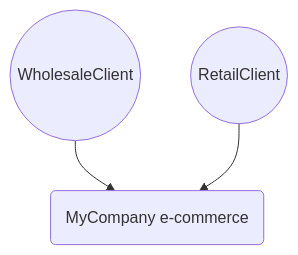
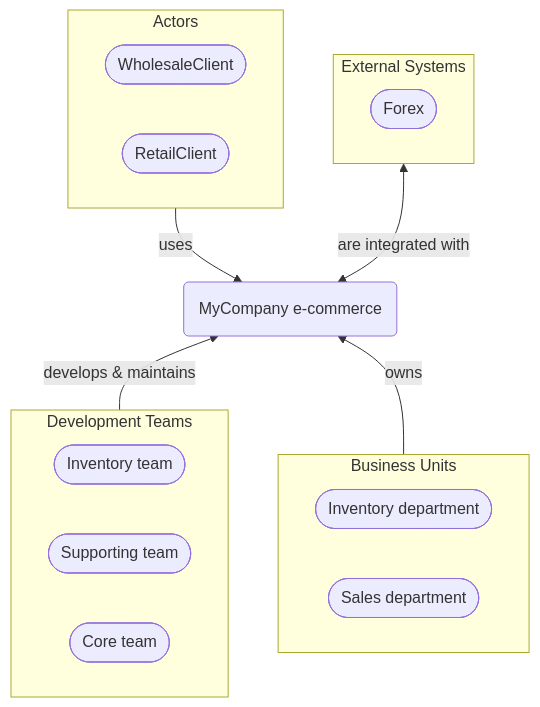
The diagram in Docs/P3/MermaidOutput/README.md (itlibrium/DDD-starter-dotnet), drawn with Mermaid before and after one commit. The commit also changed other lines of this file and 174 other files, not shown here.

````diff
--- a/Docs/P3/MermaidOutput/README.md
+++ b/Docs/P3/MermaidOutput/README.md
@@ -7,11 +7,32 @@
 ```mermaid
   flowchart TB
     0(MyCompany e-commerce)
-    1((WholesaleClient))
-    1-->0
-    2((RetailClient))
-    2-->0
+    subgraph 1["Actors"]
+      2([WholesaleClient])
+      3([RetailClient])
+    end
+    1-->|uses|0
+    subgraph 4["External Systems"]
+      5([Forex])
+    end
+    4<-->|are integrated with|0
+    subgraph 6["Development Teams"]
+      7([Inventory team])
+      8([Supporting team])
+      9([Core team])
+    end
+    0---6
+    6-->|develops & maintains|0
+    6---0
+    subgraph 10["Business Units"]
+      11([Inventory department])
+      12([Sales department])
+    end
+    0---10
+    10-->|owns|0
+    10---0
+    linkStyle 2,4,5,7 stroke:none
     classDef DomainPerspective stroke:#009900
     classDef TechnologyPerspective stroke:#1F41EB
     classDef PeoplePerspective stroke:#FFF014
 ```
````
